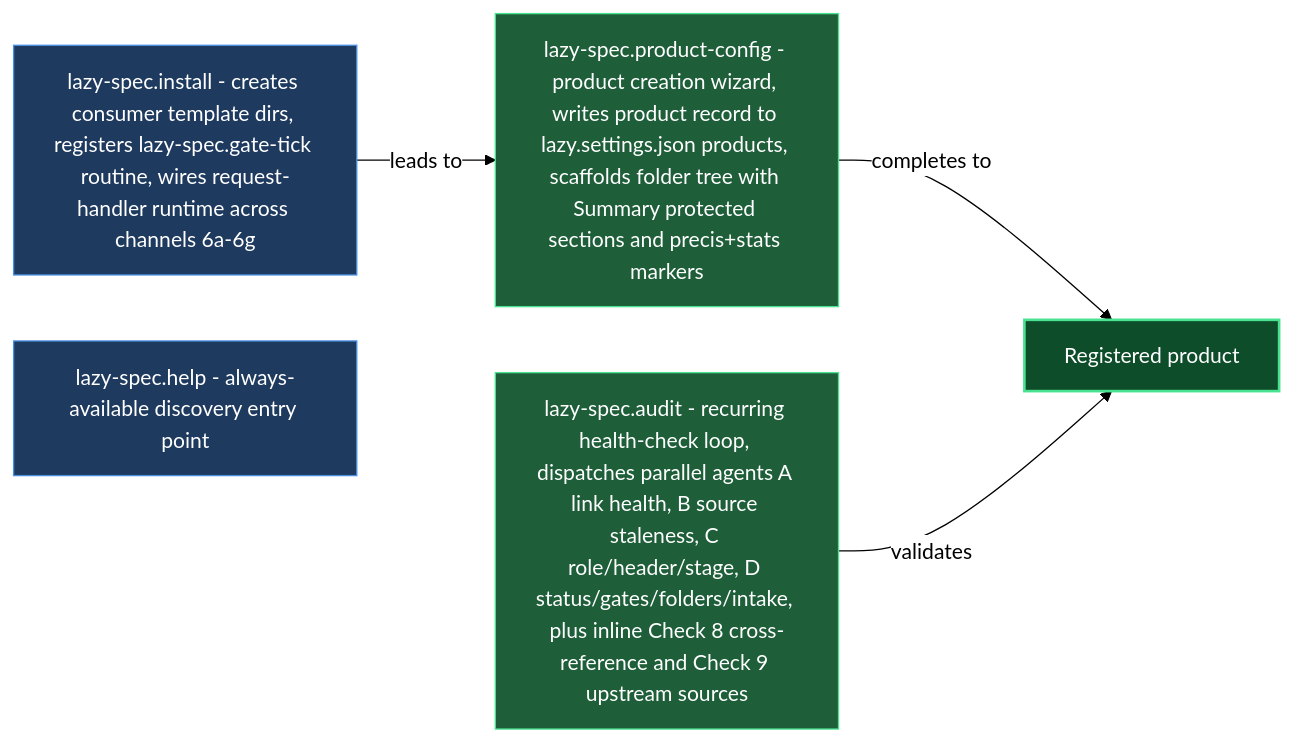
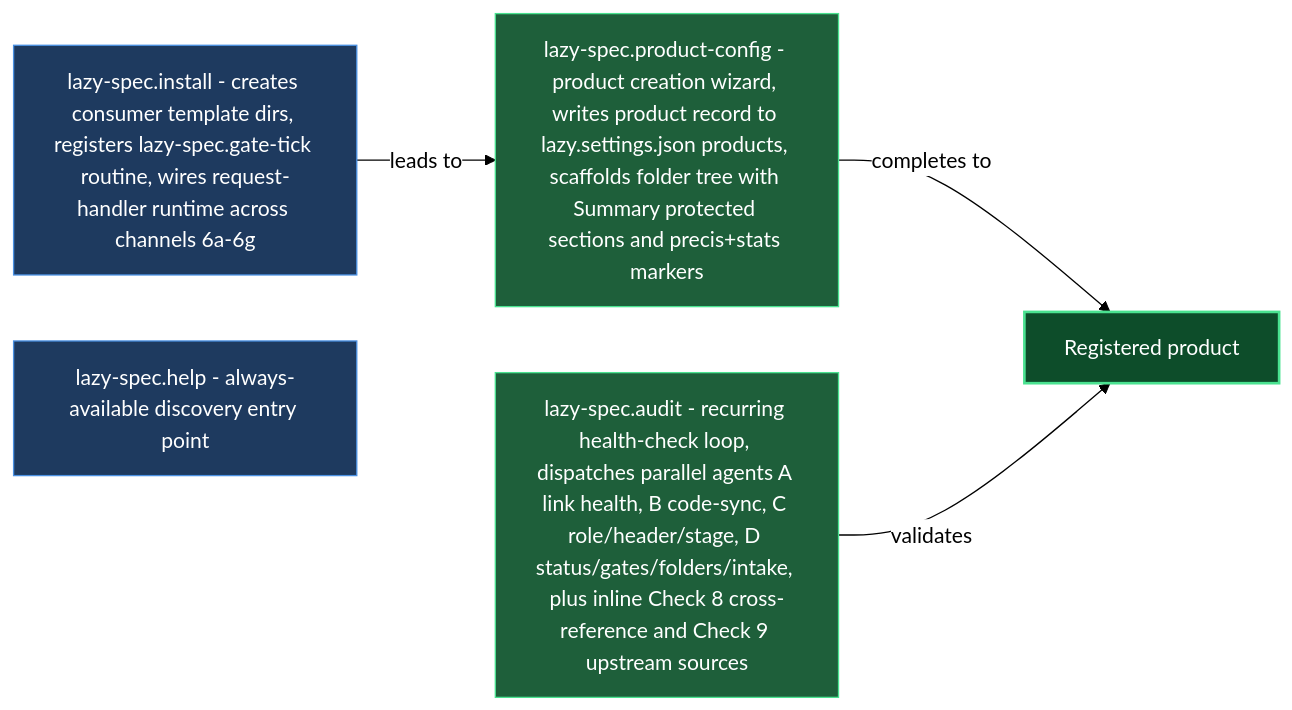
One commit to mebius-san/lazy-cortex changed the diagram in plugins/claude/lazycortex-specs/help/install-and-audit.md. Above: the diagram before and after it, drawn with Mermaid. The commit also changed other lines of this file and 499 other files, not shown here.

Commit message:
release: core 11.0.0, diagram 2.0.3, experts 1.10.0, observe 2.2.6, obsidian 6.2.0, python 4.13.0, review 6.14.0, specs 10.0.0, wiki 3.7.0

````diff
--- a/plugins/claude/lazycortex-specs/help/install-and-audit.md
+++ b/plugins/claude/lazycortex-specs/help/install-and-audit.md
@@ -85,23 +96,23 @@
 ```mermaid
 %%{init: {'themeVariables':{'background':'transparent','lineColor':'#000','textColor':'#000','edgeLabelBackground':'#fff'},'themeCSS':'.edgeLabel{background-color:transparent!important}.edgeLabel p{background-color:transparent!important}','flowchart':{'diagramPadding':5,'useMaxWidth':true}}}%%
 flowchart LR
   lazySpecInstall["lazy-spec.install - creates consumer template dirs, registers lazy-spec.gate-tick routine, wires request-handler runtime across channels 6a-6g"]
   lazySpecProductConfig["lazy-spec.product-config - product creation wizard, writes product record to lazy.settings.json products, scaffolds folder tree with Summary protected sections and precis+stats markers"]
   registeredProduct["Registered product"]
-  lazySpecAudit["lazy-spec.audit - recurring health-check loop, dispatches parallel agents A link health, B source staleness, C role/header/stage, D status/gates/folders/intake, plus inline Check 8 cross-reference and Check 9 upstream sources"]
+  lazySpecAudit["lazy-spec.audit - recurring health-check loop, dispatches parallel agents A link health, B code-sync, C role/header/stage, D status/gates/folders/intake, plus inline Check 8 cross-reference and Check 9 upstream sources"]
   lazySpecHelp["lazy-spec.help - always-available discovery entry point"]
 
   lazySpecInstall -->|leads to| lazySpecProductConfig
   lazySpecProductConfig -->|completes to| registeredProduct
   lazySpecAudit -->|validates| registeredProduct
 
   classDef entry fill:#1e3a5f,stroke:#4a90e2,color:#fff
   classDef action fill:#1e5f3a,stroke:#4ae290,color:#fff
   classDef success fill:#0d4d2a,stroke:#4ae290,color:#fff,stroke-width:2px
 
   class lazySpecInstall entry
   class lazySpecHelp entry
   class lazySpecProductConfig action
   class lazySpecAudit action
   class registeredProduct success
 ```
````
